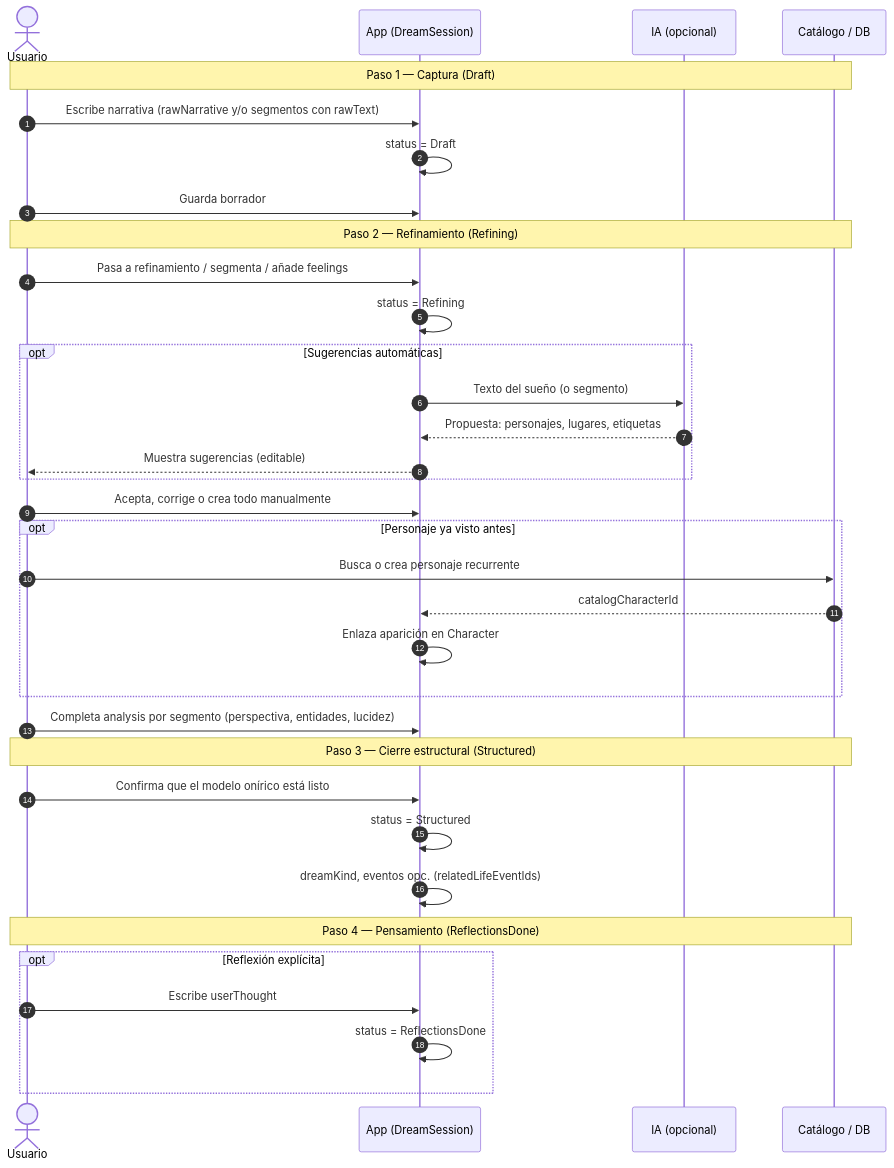
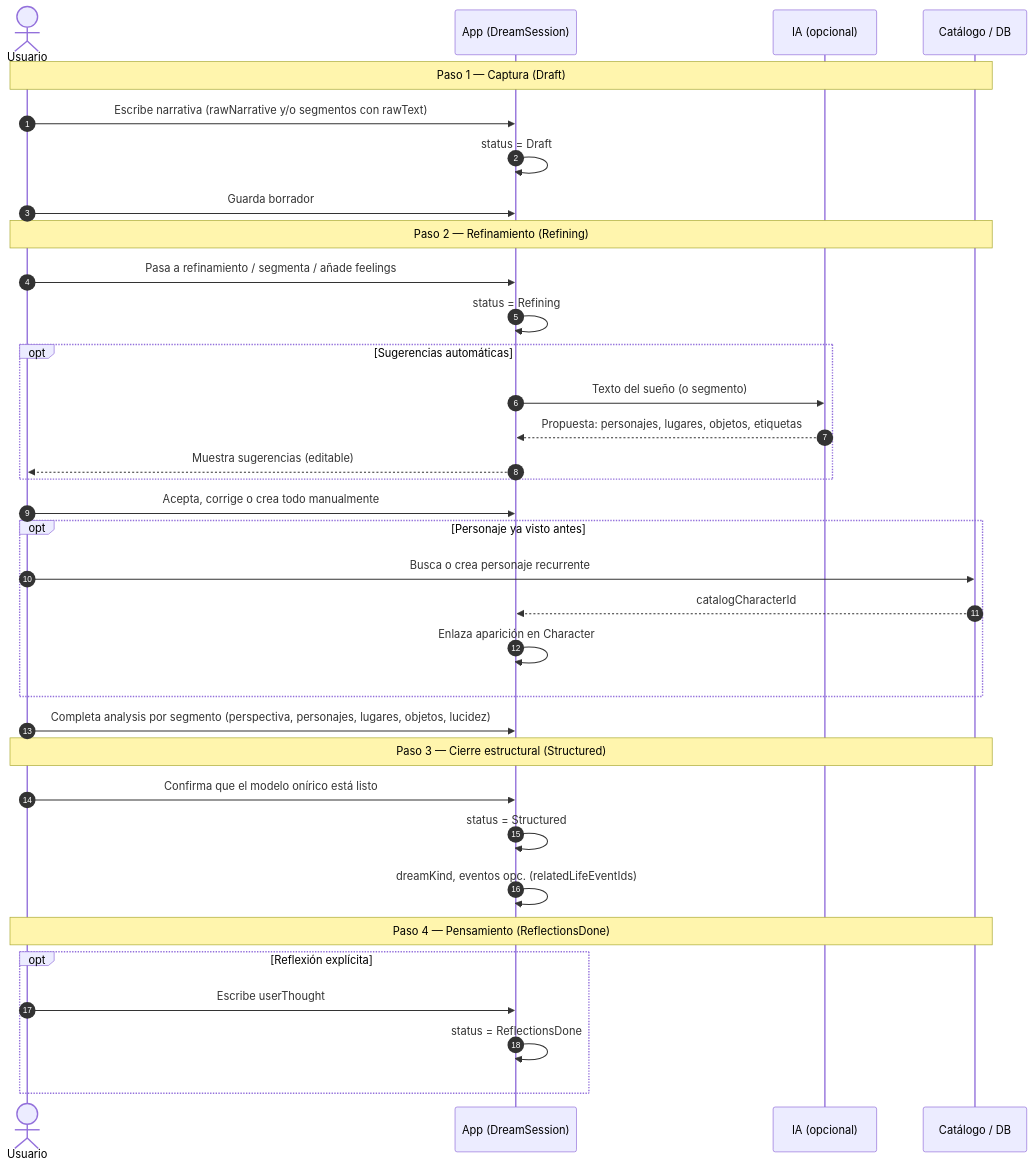
Before and after one commit to alexandernovadev/dreamai_mobile: the diagram in docs/dream-workflow-sequence.md, drawn with Mermaid. The commit also changed 10 other files, not shown here.

````diff
--- a/docs/dream-workflow-sequence.md
+++ b/docs/dream-workflow-sequence.md
@@ -5,40 +5,40 @@
 ```mermaid
 sequenceDiagram
     autonumber
     actor U as Usuario
     participant App as App (DreamSession)
     participant IA as IA (opcional)
     participant Cat as Catálogo / DB
 
     Note over U,Cat: Paso 1 — Captura (Draft)
     U->>App: Escribe narrativa (rawNarrative y/o segmentos con rawText)
     App->>App: status = Draft
     U->>App: Guarda borrador
 
     Note over U,Cat: Paso 2 — Refinamiento (Refining)
     U->>App: Pasa a refinamiento / segmenta / añade feelings
     App->>App: status = Refining
     opt Sugerencias automáticas
         App->>IA: Texto del sueño (o segmento)
-        IA-->>App: Propuesta: personajes, lugares, etiquetas
+        IA-->>App: Propuesta: personajes, lugares, objetos, etiquetas
         App-->>U: Muestra sugerencias (editable)
     end
     U->>App: Acepta, corrige o crea todo manualmente
     opt Personaje ya visto antes
         U->>Cat: Busca o crea personaje recurrente
         Cat-->>App: catalogCharacterId
         App->>App: Enlaza aparición en Character
     end
-    U->>App: Completa analysis por segmento (perspectiva, entidades, lucidez)
+    U->>App: Completa analysis por segmento (perspectiva, personajes, lugares, objetos, lucidez)
 
     Note over U,Cat: Paso 3 — Cierre estructural (Structured)
     U->>App: Confirma que el modelo onírico está listo
     App->>App: status = Structured
     App->>App: dreamKind, eventos opc. (relatedLifeEventIds)
 
     Note over U,Cat: Paso 4 — Pensamiento (ReflectionsDone)
     opt Reflexión explícita
         U->>App: Escribe userThought
         App->>App: status = ReflectionsDone
     end
 ```
````
